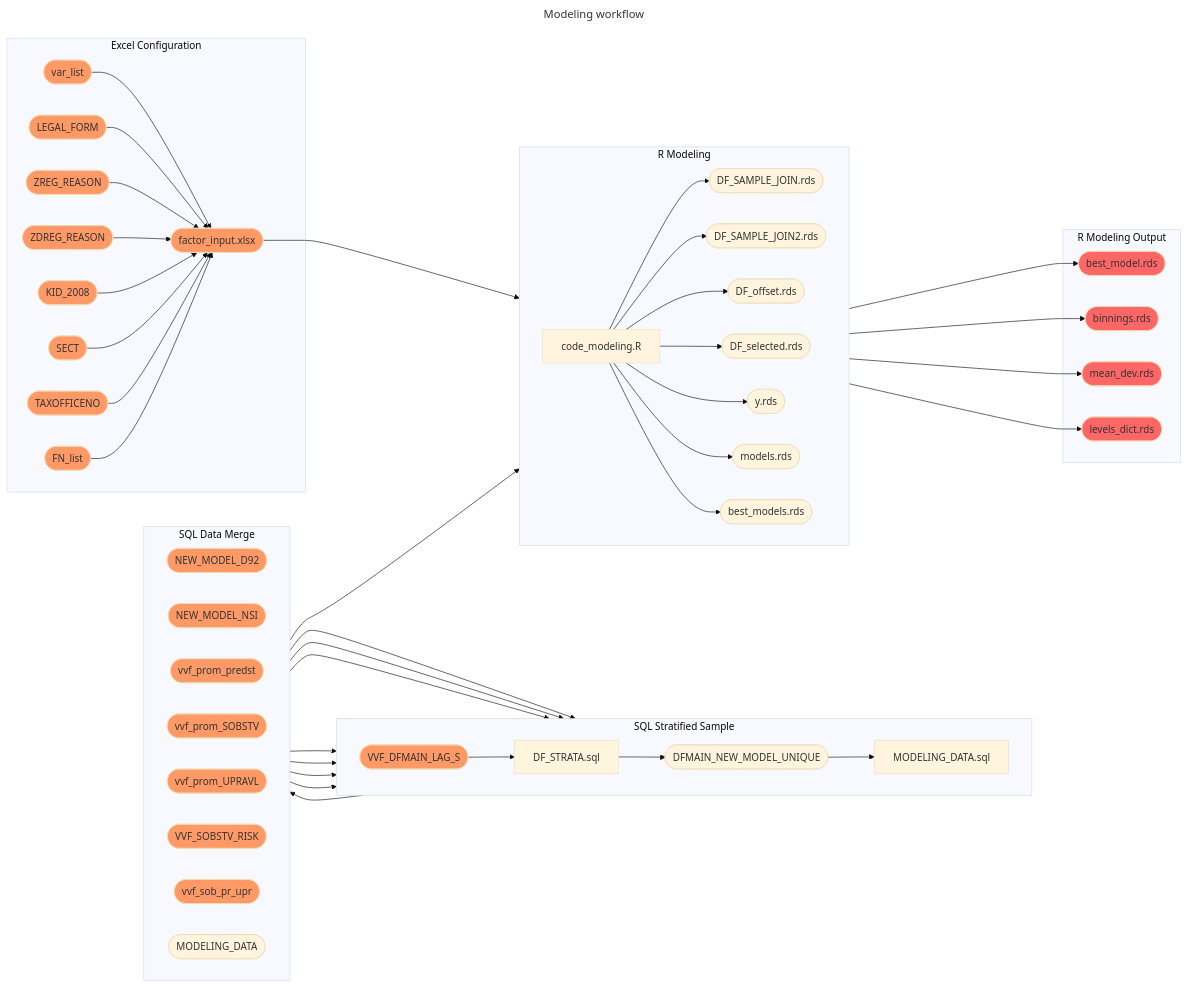
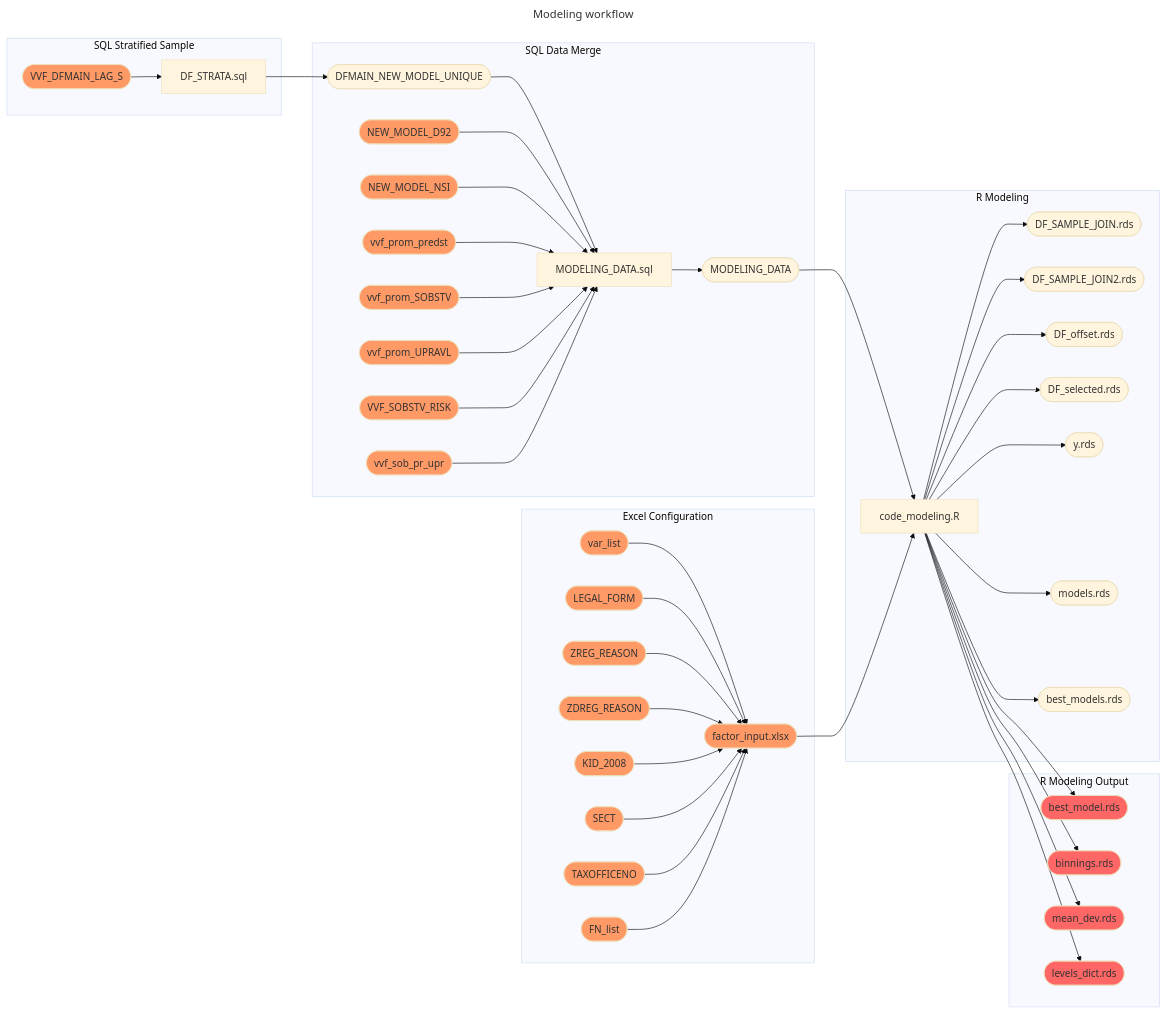
Before and after one commit to angel-marchev/case-cold-start-modeling: the first of 2 diagrams in user-manual.md, drawn with Mermaid (base theme).

````diff
--- a/user-manual.md
+++ b/user-manual.md
@@ -1,64 +1,61 @@
 ```mermaid
 ---
 title: Modeling workflow
 ---
 flowchart LR;
 
 subgraph sql_stratified["SQL Stratified Sample"]
-    direction LR
     input_data([VVF_DFMAIN_LAG_S])-->strata[DF_STRATA.sql];
-    strata[DF_STRATA.sql]-->strata_table([DFMAIN_NEW_MODEL_UNIQUE]);
-    strata_table([DFMAIN_NEW_MODEL_UNIQUE])-->modeling[MODELING_DATA.sql];
     class input_data,dekl92,gfo,flag_predst,flag_sobst,flag_uprav,flag_sobst_risk,flag_promeni ToBePrapared;
     classDef ToBePrapared fill:#f96;  
 end
 
 subgraph sql_modeling["SQL Data Merge"]
-    direction LR
+    strata[DF_STRATA.sql]-->strata_table([DFMAIN_NEW_MODEL_UNIQUE]);
+    strata_table([DFMAIN_NEW_MODEL_UNIQUE])-->modeling[MODELING_DATA.sql];
     dekl92([NEW_MODEL_D92])-->modeling[MODELING_DATA.sql];
     gfo([NEW_MODEL_NSI])-->modeling[MODELING_DATA.sql];
     flag_predst([vvf_prom_predst])-->modeling[MODELING_DATA.sql];
     flag_sobst([vvf_prom_SOBSTV])-->modeling[MODELING_DATA.sql];
     flag_uprav([vvf_prom_UPRAVL])-->modeling[MODELING_DATA.sql];
     flag_sobst_risk([VVF_SOBSTV_RISK])-->modeling[MODELING_DATA.sql];
     flag_promeni([vvf_sob_pr_upr])-->modeling[MODELING_DATA.sql];
     modeling[MODELING_DATA.sql]-->modeling_table([MODELING_DATA]);
     class input_data,dekl92,gfo,flag_predst,flag_sobst,flag_uprav,flag_sobst_risk,flag_promeni ToBePrapared;
     classDef ToBePrapared fill:#f96;  
 end
 
 subgraph excel_input["Excel Configuration"]
     var_list([var_list])-->user_input_model([factor_input.xlsx]);
     legal_form([LEGAL_FORM])-->user_input_model([factor_input.xlsx]);
     zreg_reason([ZREG_REASON])-->user_input_model([factor_input.xlsx]);
     zdreg_reason([ZDREG_REASON])-->user_input_model([factor_input.xlsx]);
     kid_2008([KID_2008])-->user_input_model([factor_input.xlsx]);
     sect([SECT])-->user_input_model([factor_input.xlsx]);
     taxofficeno([TAXOFFICENO])-->user_input_model([factor_input.xlsx]);
     fn_list([FN_list])-->user_input_model([factor_input.xlsx]);
     class var_list,legal_form,zreg_reason,zdreg_reason,kid_2008,sect,taxofficeno,fn_list,user_input_model ToBePrapared;
     classDef ToBePrapared fill:#f96;
 end
 
 subgraph R_modeling["R Modeling"]
-    direction LR
     modeling_table([MODELING_DATA])-->r_model[code_modeling.R];
     user_input_model([factor_input.xlsx])-->r_model[code_modeling.R];
     r_model[code_modeling.R]-->output1([DF_SAMPLE_JOIN.rds]);
     r_model[code_modeling.R]-->output2([DF_SAMPLE_JOIN2.rds]);
     r_model[code_modeling.R]-->output3([DF_offset.rds]);
     r_model[code_modeling.R]-->output4([DF_selected.rds]);
     r_model[code_modeling.R]-->output5([y.rds]);
     r_model[code_modeling.R]-->output6([models.rds]);
     r_model[code_modeling.R]-->output7([best_models.rds]);
 end
 
 subgraph R_modeling_output["R Modeling Output"]
     r_model[code_modeling.R]-->best_model([best_model.rds]);
     r_model[code_modeling.R]-->binnings([binnings.rds]);
     r_model[code_modeling.R]-->mean_dev([mean_dev.rds]);
     r_model[code_modeling.R]-->levels_dict([levels_dict.rds]);
     class best_model,binnings,mean_dev,levels_dict ToBeUsed;
     classDef ToBeUsed fill:#f66;
 end
 ```
````
